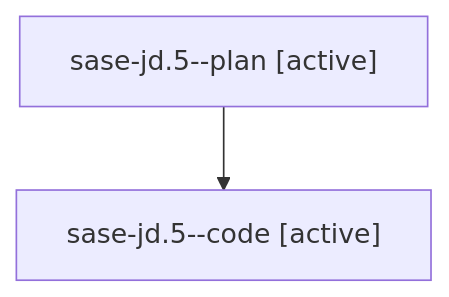
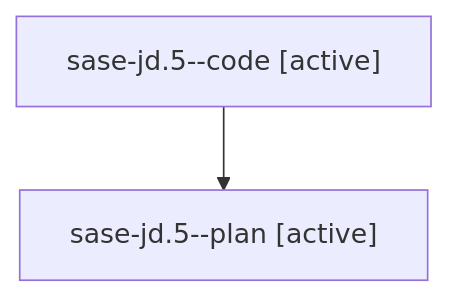
Before and after one commit to sase-org/sase--agents: the diagram in families/bbugyi200.athena.sase-jd.5.md, drawn with Mermaid. The commit also changed other lines of this file and 200 other files, not shown here.

````diff
--- a/families/bbugyi200.athena.sase-jd.5.md
+++ b/families/bbugyi200.athena.sase-jd.5.md
@@ -9,6 +9,6 @@
 ```mermaid
 flowchart TD
-  n0["sase-jd.5--plan [active]"]
-  n1["sase-jd.5--code [active]"]
+  n0["sase-jd.5--code [active]"]
+  n1["sase-jd.5--plan [active]"]
   n0 --> n1
 ```
````
